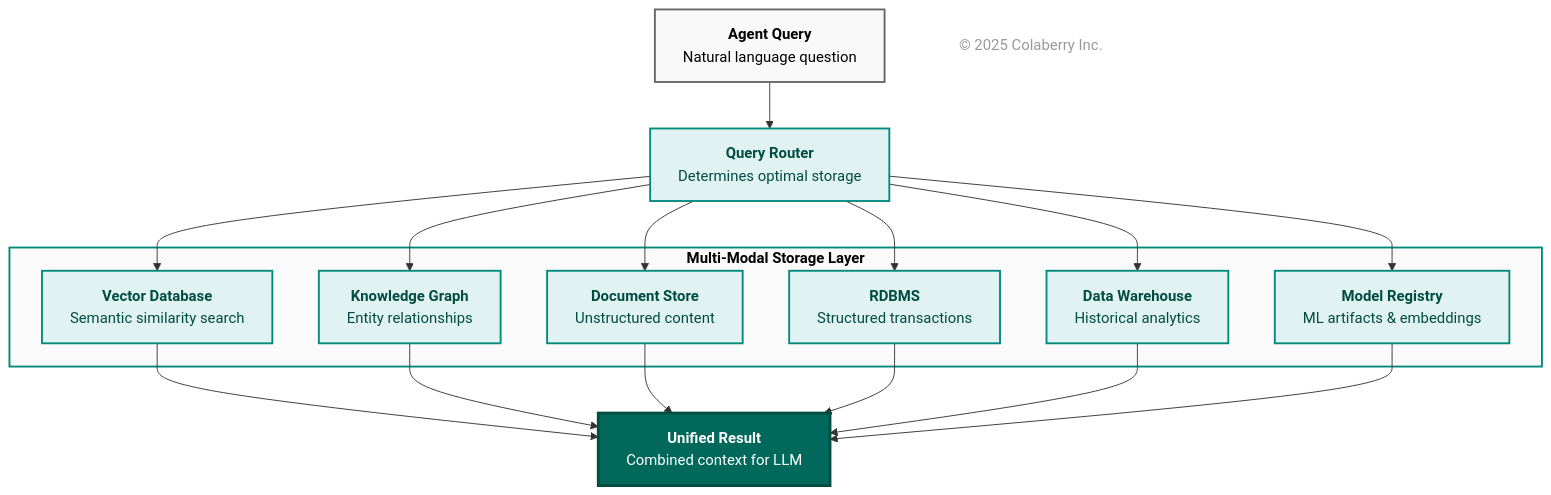
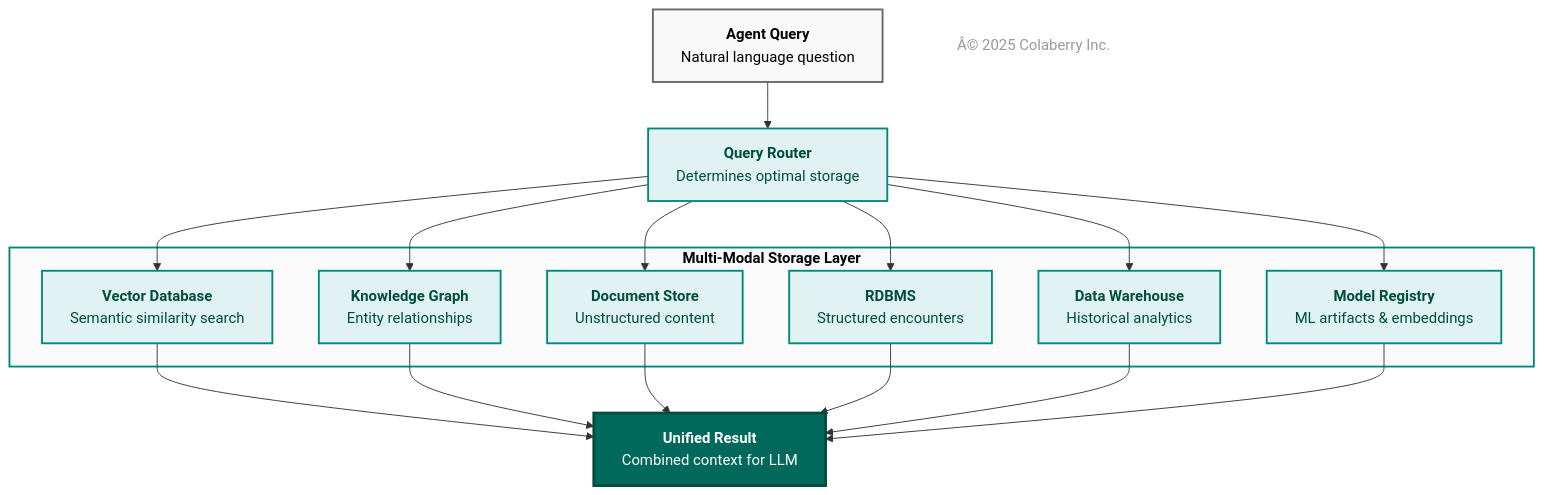
The fourth of 18 diagrams in chapter-01/chapter_1_complete.md (colaberry/enterprise-data-readiness-ai-agents), drawn with Mermaid before and after one commit. The commit also changed other lines of this file and 24 other files, not shown here.

````diff
--- a/chapter-01/chapter_1_complete.md
+++ b/chapter-01/chapter_1_complete.md
@@ -521,51 +526,51 @@
 ```mermaid
 graph TB
     Q["<b>Agent Query</b><br/>Natural language question"]
     
     R["<b>Query Router</b><br/>Determines optimal storage"]
     
     subgraph storage["<b>Multi-Modal Storage Layer</b>"]
         V["<b>Vector Database</b><br/>Semantic similarity search"]
         K["<b>Knowledge Graph</b><br/>Entity relationships"]
         D["<b>Document Store</b><br/>Unstructured content"]
-        S["<b>RDBMS</b><br/>Structured transactions"]
+        S["<b>RDBMS</b><br/>Structured encounters"]
         W["<b>Data Warehouse</b><br/>Historical analytics"]
         M["<b>Model Registry</b><br/>ML artifacts & embeddings"]
     end
     
     U["<b>Unified Result</b><br/>Combined context for LLM"]
     
     Q --> R
     R --> V
     R --> K
     R --> D
     R --> S
     R --> W
     R --> M
     
     V --> U
     K --> U
     D --> U
     S --> U
     W --> U
     M --> U
     
     %% Link styling
     
     style Q fill:#f9f9f9,stroke:#666666,stroke-width:2px,color:#000000
     style R fill:#e0f2f1,stroke:#00897b,stroke-width:2px,color:#004d40
     style storage fill:#fafafa,stroke:#00897b,stroke-width:2px,color:#000000
     style V fill:#e0f2f1,stroke:#00897b,stroke-width:2px,color:#004d40
     style K fill:#e0f2f1,stroke:#00897b,stroke-width:2px,color:#004d40
     style D fill:#e0f2f1,stroke:#00897b,stroke-width:2px,color:#004d40
     style S fill:#e0f2f1,stroke:#00897b,stroke-width:2px,color:#004d40
     style W fill:#e0f2f1,stroke:#00897b,stroke-width:2px,color:#004d40
     style M fill:#e0f2f1,stroke:#00897b,stroke-width:2px,color:#004d40
 
     %% Copyright Notice
-    CR["© 2025 Colaberry Inc."]
+    CR["Â© 2025 Colaberry Inc."]
 
     style U fill:#00695c,color:#ffffff,stroke:#004d40,stroke-width:3px
     style CR fill:none,stroke:none,color:#999999
 
 ```
````
